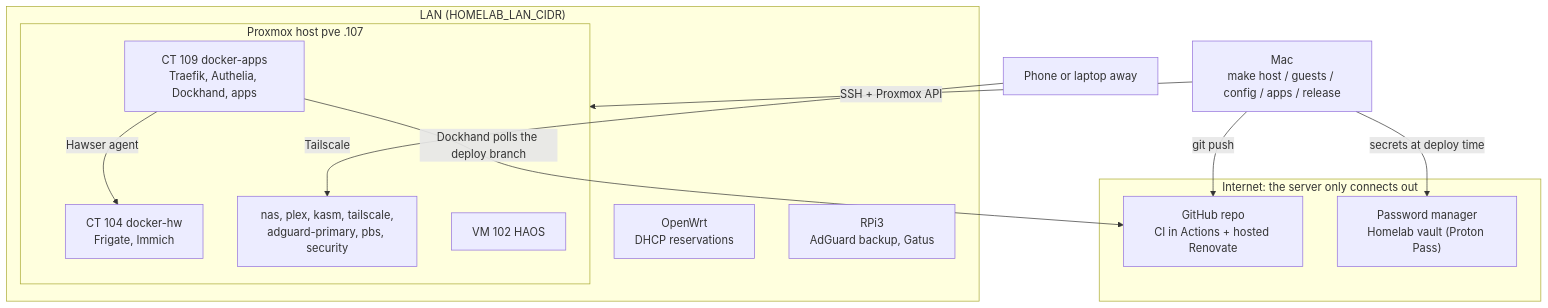
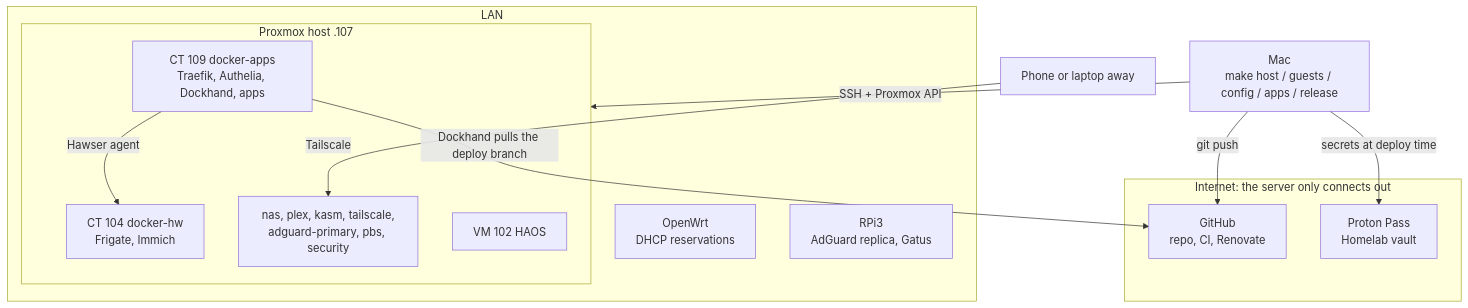
The first of 4 diagrams in docs/architecture.md (atahan99/proxmox-infra-iac), drawn with Mermaid before and after one commit. The commit also changed other lines of this file and 17 other files, not shown here.

````diff
--- a/docs/architecture.md
+++ b/docs/architecture.md
@@ -15,25 +9,25 @@
 ```mermaid
 flowchart TB
   subgraph Cloud["Internet: the server only connects out"]
-    GH["GitHub repo<br/>CI in Actions + hosted Renovate"]
-    PP["Password manager<br/>Homelab vault (Proton Pass)"]
+    GH["GitHub<br/>repo, CI, Renovate"]
+    PP["Proton Pass<br/>Homelab vault"]
   end
   Mac["Mac<br/>make host / guests / config / apps / release"]
   Phone["Phone or laptop away"]
-  subgraph LAN["LAN (HOMELAB_LAN_CIDR)"]
+  subgraph LAN["LAN"]
     Router["OpenWrt<br/>DHCP reservations"]
-    RPi["RPi3<br/>AdGuard backup, Gatus"]
-    subgraph PVE["Proxmox host pve .107"]
+    RPi["RPi3<br/>AdGuard replica, Gatus"]
+    subgraph PVE["Proxmox host .107"]
       HW["CT 104 docker-hw<br/>Frigate, Immich"]
       APPS["CT 109 docker-apps<br/>Traefik, Authelia, Dockhand, apps"]
       OTHER["nas, plex, kasm, tailscale,<br/>adguard-primary, pbs, security"]
       HAOS["VM 102 HAOS"]
     end
   end
   Mac -- "git push" --> GH
   Mac -- "secrets at deploy time" --> PP
   Mac -- "SSH + Proxmox API" --> PVE
-  APPS -- "Dockhand polls the deploy branch" --> GH
+  APPS -- "Dockhand pulls the deploy branch" --> GH
   APPS -- "Hawser agent" --> HW
   Phone -- "Tailscale" --> OTHER
 ```
````
